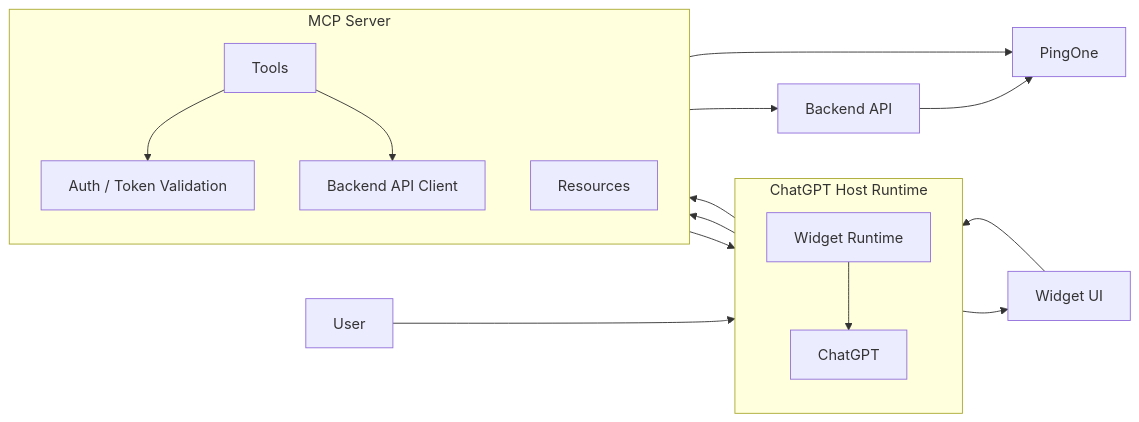
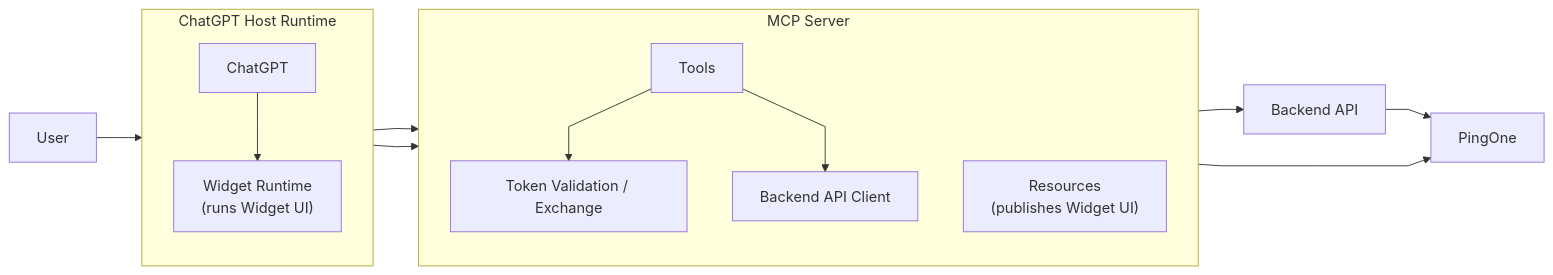
Before and after one commit to carbonefederico/ai-myhotels-chatgpt-app: the first of 4 diagrams in README.md, drawn with Mermaid. The commit also changed other lines of this file and 2 other files, not shown here.

````diff
--- a/README.md
+++ b/README.md
@@ -13,34 +13,32 @@
 ```mermaid
+%%{init: {'flowchart': {'curve': 'linear'}}}%%
 flowchart LR
     U["User"] --> CG
 
     subgraph CG["ChatGPT Host Runtime"]
         direction TB
         CORE["ChatGPT"]
-        WR["Widget Runtime"]
+        WR["Widget Runtime\n(runs Widget UI)"]
     end
 
     subgraph MCP["MCP Server"]
         direction TB
         TOOLS["Tools"]
-        RES["Resources"]
-        AUTH["Auth / Token Validation"]
+        RES["Resources\n(publishes Widget UI)"]
+        AUTH["Token Validation / Exchange"]
         CLIENT["Backend API Client"]
     end
 
     API["Backend API"]
     P1["PingOne"]
 
     CORE --> TOOLS
     CORE --> RES
-    RES --> WR
-    WR --> CORE
+    CORE --> WR
 
     TOOLS --> AUTH
     TOOLS --> CLIENT
     CLIENT --> API
     AUTH --> P1
     API --> P1
-    CG --> W["Widget UI"]
-    W --> CG
 ```
````
